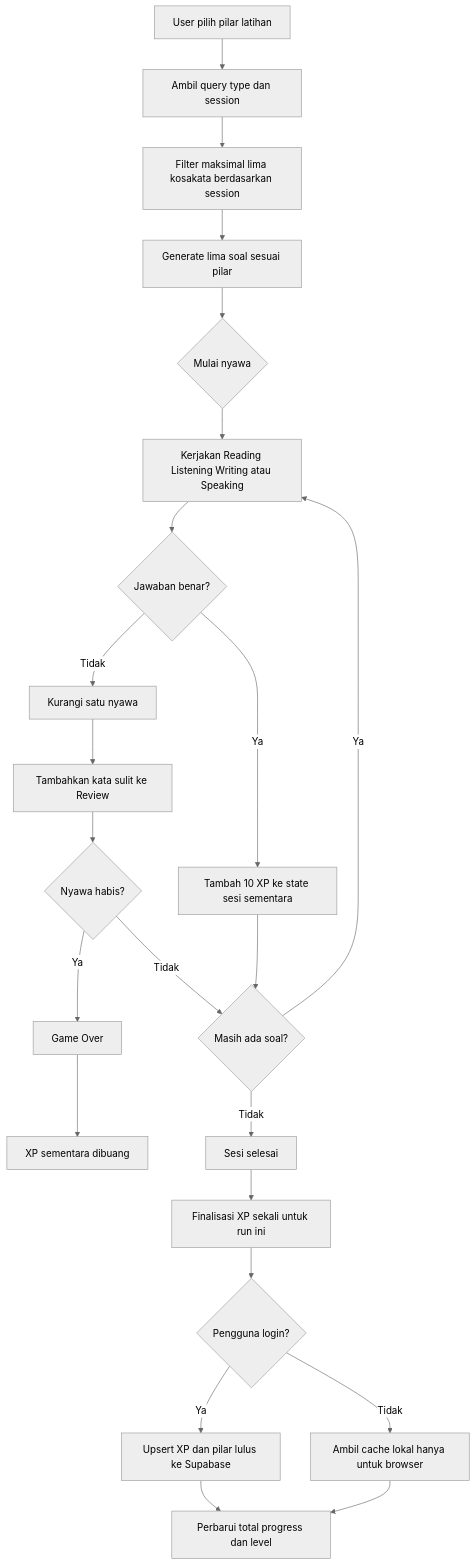
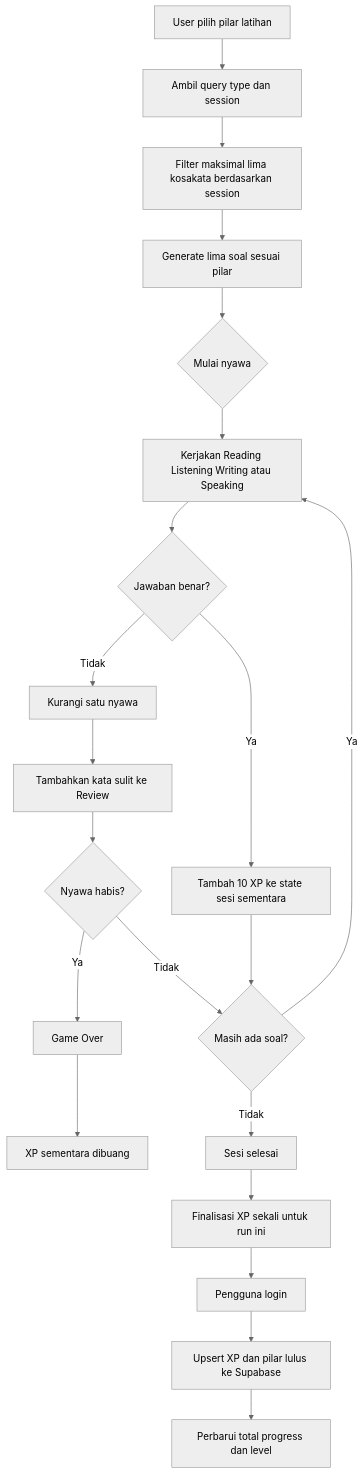
The fourth of 11 diagrams in FLOWCHART.md (nandayudhistirawibowo/NdUniverse), drawn with Mermaid (neutral theme) before and after one commit. The commit also changed other lines of this file and 23 other files, not shown here.

Commit message:
Docs: Update semua dokumentasi .md (Jerman 100%, Inggris Under Development) & Clean code architecture & Bug cursor optimizations

````diff
--- a/FLOWCHART.md
+++ b/FLOWCHART.md
@@ -43,25 +56,23 @@
 ```mermaid
 flowchart TD
     A[User pilih pilar latihan] --> B[Ambil query type dan session]
     B --> C[Filter maksimal lima kosakata berdasarkan session]
     C --> D[Generate lima soal sesuai pilar]
     D --> E{Mulai nyawa}
     E --> F[Kerjakan Reading Listening Writing atau Speaking]
     F --> G{Jawaban benar?}
     G -->|Ya| H[Tambah 10 XP ke state sesi sementara]
     G -->|Tidak| I[Kurangi satu nyawa]
     I --> J[Tambahkan kata sulit ke Review]
     J --> K{Nyawa habis?}
     K -->|Ya| L[Game Over]
     L --> M[XP sementara dibuang]
     K -->|Tidak| N{Masih ada soal?}
     H --> N
     N -->|Ya| F
     N -->|Tidak| O[Sesi selesai]
     O --> P[Finalisasi XP sekali untuk run ini]
-    P --> Q{Pengguna login?}
-    Q -->|Ya| R[Upsert XP dan pilar lulus ke Supabase]
-    Q -->|Tidak| S[Ambil cache lokal hanya untuk browser]
+    P --> Q[Pengguna login]
+    Q --> R[Upsert XP dan pilar lulus ke Supabase]
     R --> T[Perbarui total progress dan level]
-    S --> T
 ```
````
